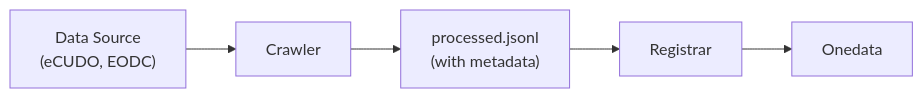
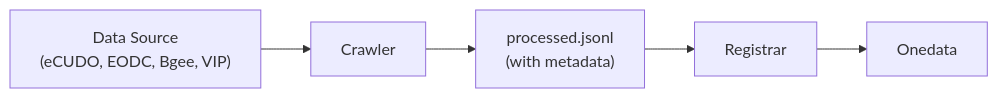
One commit to bergamote156/repository-crawlers changed the diagram in README.md. Above: the diagram before and after it, drawn with Mermaid. The commit also changed other lines of this file, not shown here.

````diff
--- a/README.md
+++ b/README.md
@@ -12,7 +12,7 @@
 ```mermaid
 graph LR
-    A["Data Source\n(eCUDO, EODC)"] --> B["Crawler"]
+    A["Data Source\n(eCUDO, EODC, Bgee, VIP)"] --> B["Crawler"]
     B --> C["processed.jsonl\n(with metadata)"]
     C --> D["Registrar"]
     D --> E["Onedata"]
 ```
````
